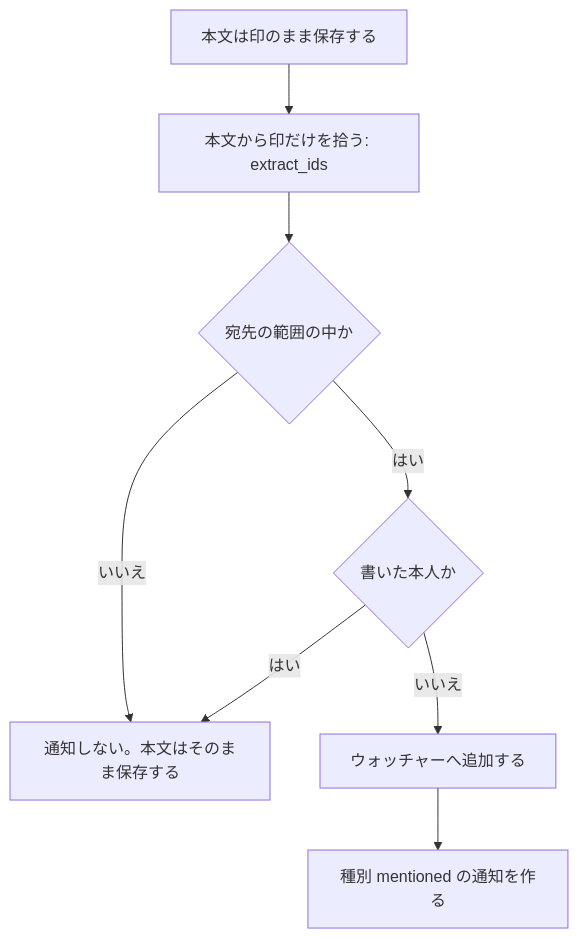
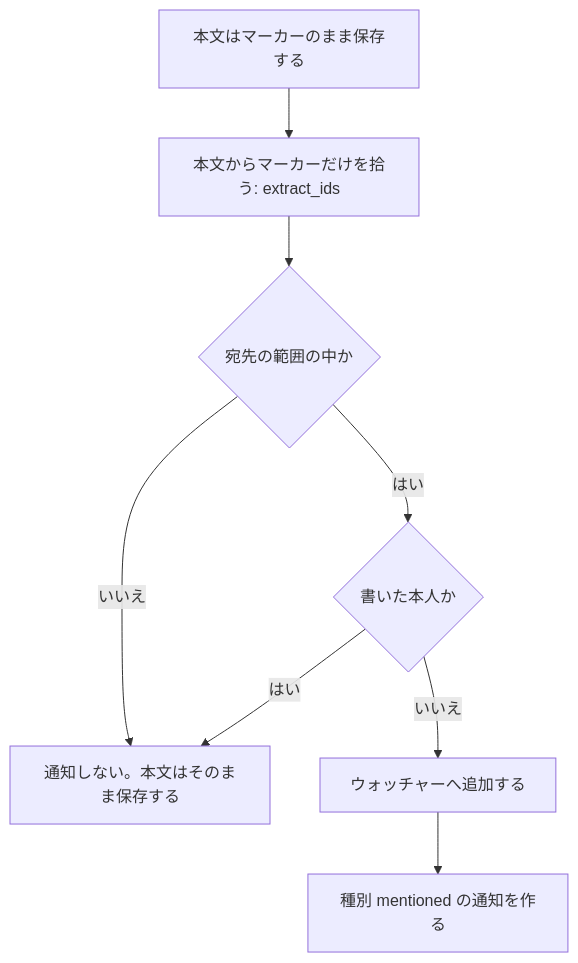
Before and after one commit to koyori-app/task: the diagram in docs/features/tasks/4.collaboration.md, drawn with Mermaid. The commit also changed other lines of this file and 1 other file, not shown here.

````diff
--- a/docs/features/tasks/4.collaboration.md
+++ b/docs/features/tasks/4.collaboration.md
@@ -128,15 +43,15 @@
 ```mermaid
 flowchart TD
-    save["本文は印のまま保存する"]
-    pick["本文から印だけを拾う: extract_ids"]
+    save["本文はマーカーのまま保存する"]
+    pick["本文からマーカーだけを拾う: extract_ids"]
     scope{"宛先の範囲の中か"}
     drop["通知しない。本文はそのまま保存する"]
     author{"書いた本人か"}
     watch["ウォッチャーへ追加する"]
     notify["種別 mentioned の通知を作る"]
     save --> pick --> scope
     scope -- いいえ --> drop
     scope -- はい --> author
     author -- はい --> drop
     author -- いいえ --> watch --> notify
 ```
````
